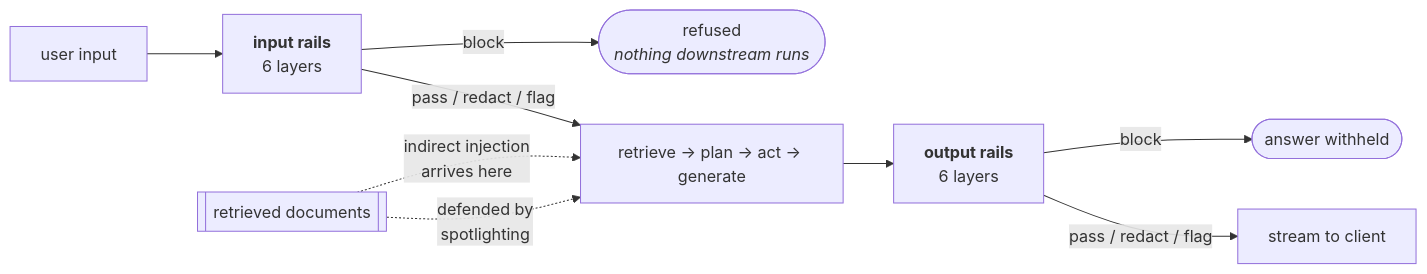
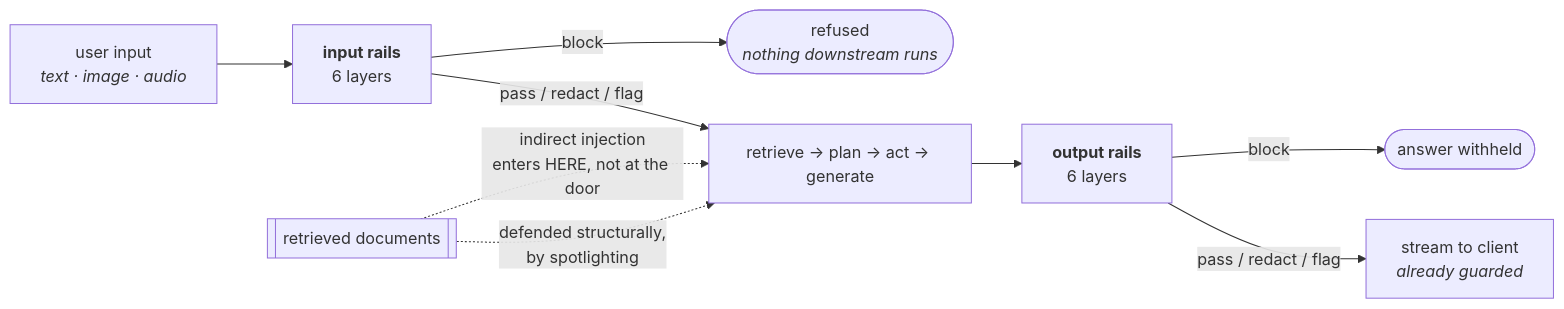
The first of 5 diagrams in docs/teaching/guardrails/40-diagrams.md (yrevash/aegis), drawn with Mermaid before and after one commit. The commit also changed other lines of this file and 111 other files, not shown here.

````diff
--- a/docs/teaching/guardrails/40-diagrams.md
+++ b/docs/teaching/guardrails/40-diagrams.md
@@ -10,12 +16,12 @@
 ```mermaid
 flowchart LR
-    U["user input"] --> GI["<b>input rails</b><br/>6 layers"]
+    U["user input<br/><i>text · image · audio</i>"] --> GI["<b>input rails</b><br/>6 layers"]
     GI -->|block| END1([refused<br/><i>nothing downstream runs</i>])
     GI -->|"pass / redact / flag"| AGENT["retrieve → plan → act → generate"]
     AGENT --> GO["<b>output rails</b><br/>6 layers"]
     GO -->|block| WITHHELD([answer withheld])
-    GO -->|"pass / redact / flag"| STREAM["stream to client"]
+    GO -->|"pass / redact / flag"| STREAM["stream to client<br/><i>already guarded</i>"]
 
-    RET[["retrieved documents"]] -.->|"indirect injection<br/>arrives here"| AGENT
-    RET -.->|"defended by<br/>spotlighting"| AGENT
+    RET[["retrieved documents"]] -.->|"indirect injection<br/>enters HERE, not at the door"| AGENT
+    RET -.->|"defended structurally,<br/>by spotlighting"| AGENT
 ```
````
